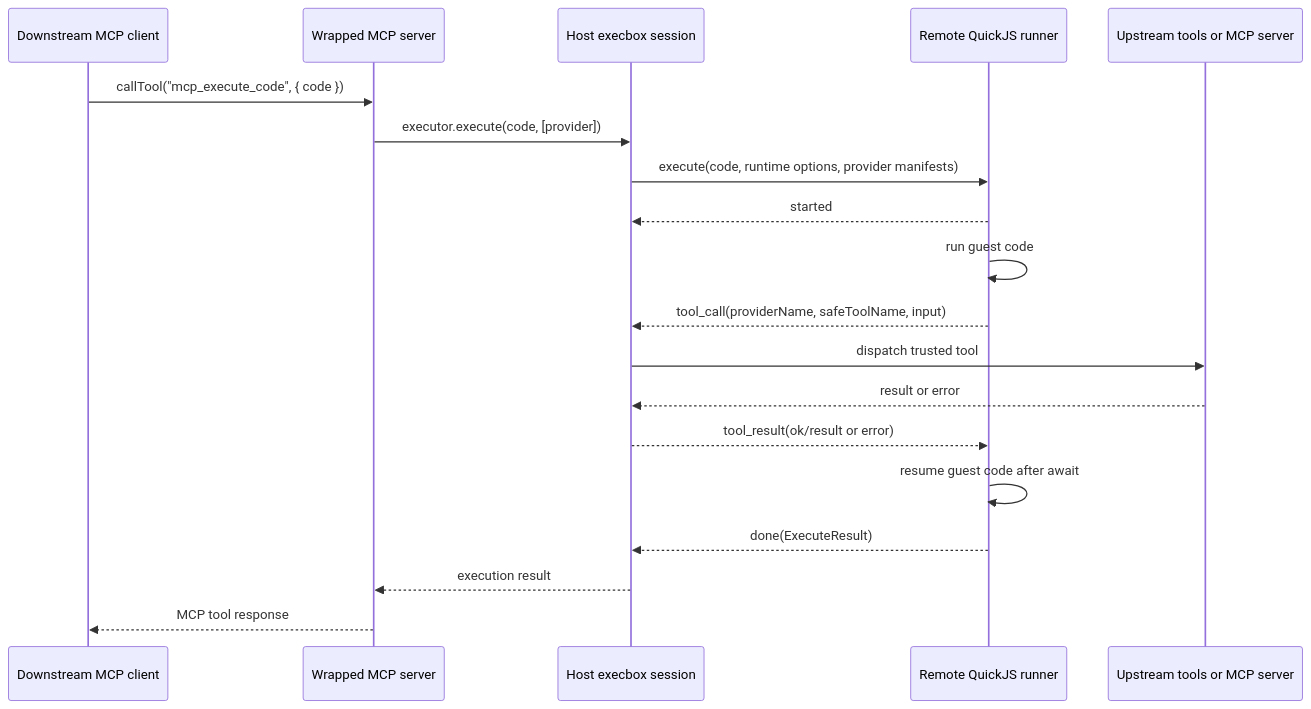
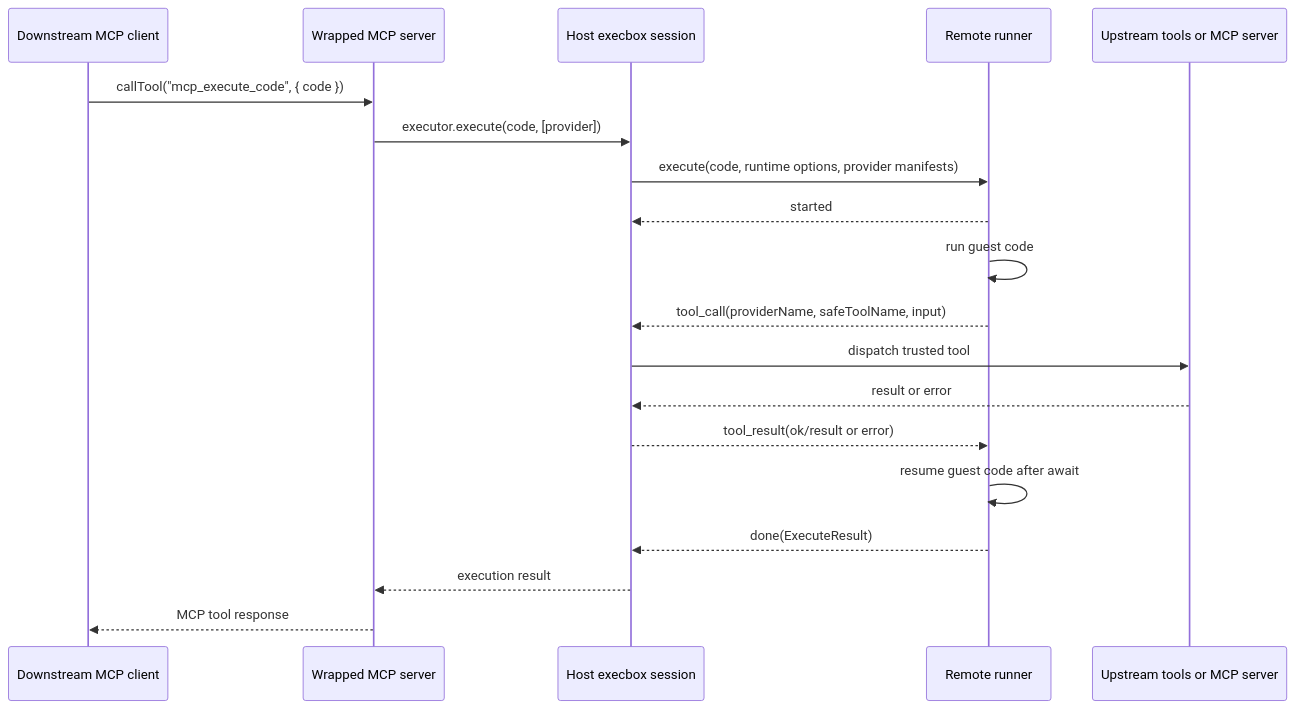
Before and after one commit to aallam/execbox: the second of 2 diagrams in docs/architecture/execbox-remote-workflow.md, drawn with Mermaid. The commit also changed 10 other files, not shown here.

````diff
--- a/docs/architecture/execbox-remote-workflow.md
+++ b/docs/architecture/execbox-remote-workflow.md
@@ -51,22 +51,22 @@
 ```mermaid
 sequenceDiagram
     participant Client as Downstream MCP client
     participant Wrapper as Wrapped MCP server
     participant Host as Host execbox session
-    participant Runner as Remote QuickJS runner
+    participant Runner as Remote runner
     participant Upstream as Upstream tools or MCP server
 
     Client->>Wrapper: callTool("mcp_execute_code", { code })
     Wrapper->>Host: executor.execute(code, [provider])
     Host->>Runner: execute(code, runtime options, provider manifests)
     Runner-->>Host: started
     Runner->>Runner: run guest code
     Runner-->>Host: tool_call(providerName, safeToolName, input)
     Host->>Upstream: dispatch trusted tool
     Upstream-->>Host: result or error
     Host-->>Runner: tool_result(ok/result or error)
     Runner->>Runner: resume guest code after await
     Runner-->>Host: done(ExecuteResult)
     Host-->>Wrapper: execution result
     Wrapper-->>Client: MCP tool response
 ```
````
